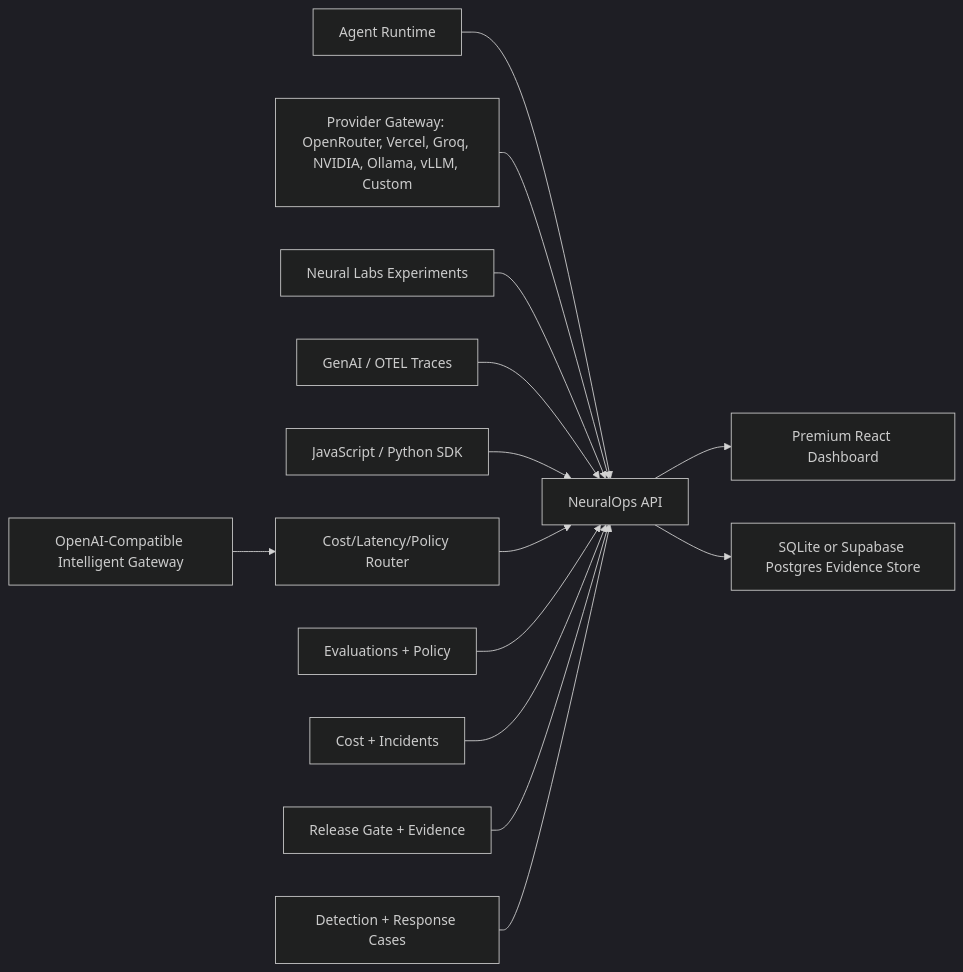
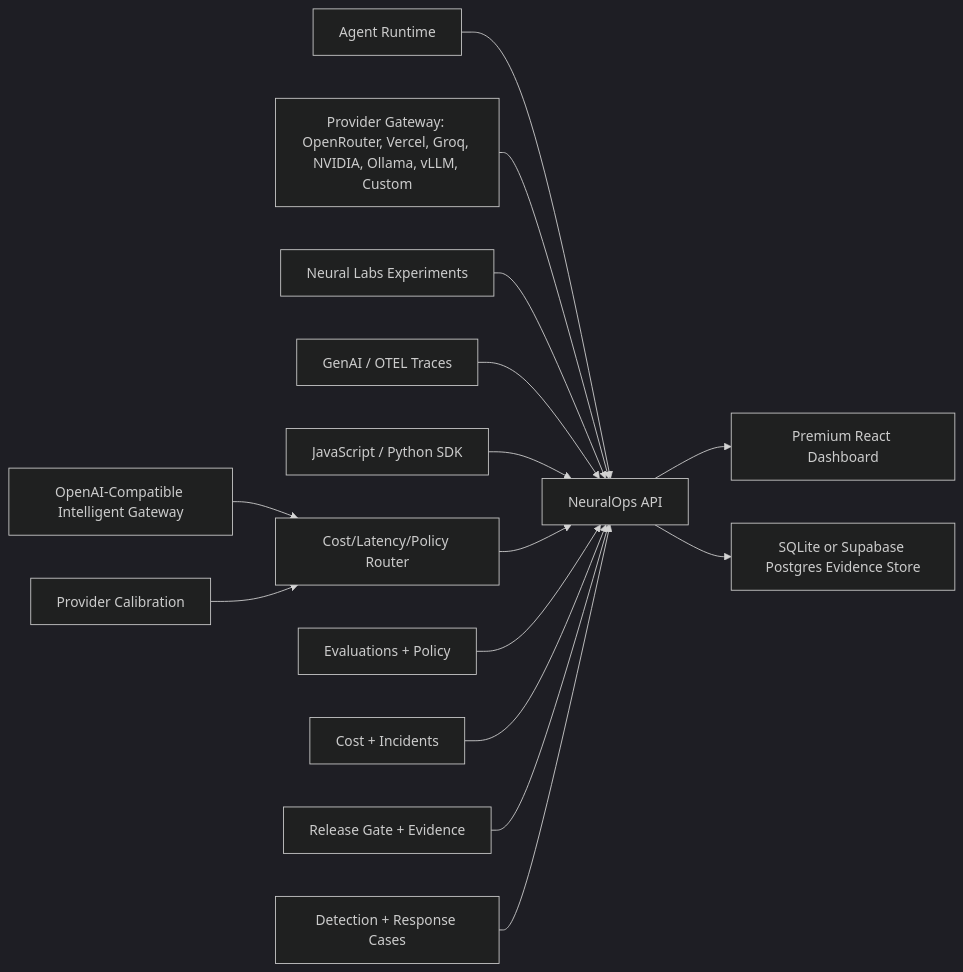
One commit to Gowrav-M/neuralops-platform changed the diagram in README.md. Above: the diagram before and after it, drawn with Mermaid (dark theme). The commit also changed other lines of this file and 7 other files, not shown here.

Commit message:
feat: add provider calibration gateway evidence

````diff
--- a/README.md
+++ b/README.md
@@ -40,16 +42,17 @@
 ```mermaid
 flowchart LR
   A["Agent Runtime"] --> F["NeuralOps API"]
   B["Provider Gateway: OpenRouter, Vercel, Groq, NVIDIA, Ollama, vLLM, Custom"] --> F
   C["Neural Labs Experiments"] --> F
   D["GenAI / OTEL Traces"] --> F
   K["JavaScript / Python SDK"] --> F
   M["OpenAI-Compatible Intelligent Gateway"] --> N["Cost/Latency/Policy Router"]
+  Q["Provider Calibration"] --> N
   N --> F
   E["Evaluations + Policy"] --> F
   I["Cost + Incidents"] --> F
   J["Release Gate + Evidence"] --> F
   L["Detection + Response Cases"] --> F
   F --> G["Premium React Dashboard"]
   F --> H["SQLite or Supabase Postgres Evidence Store"]
 ```
````
